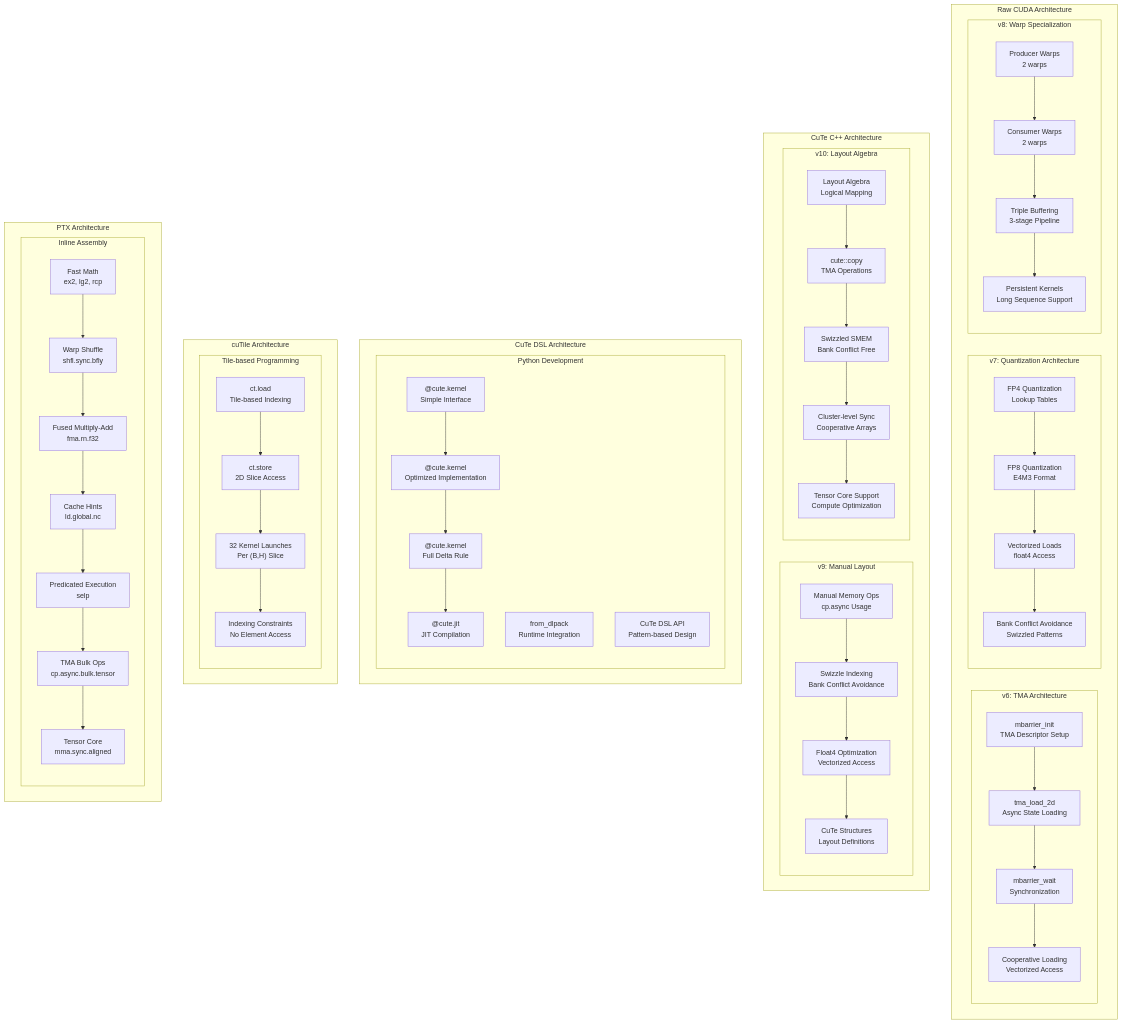
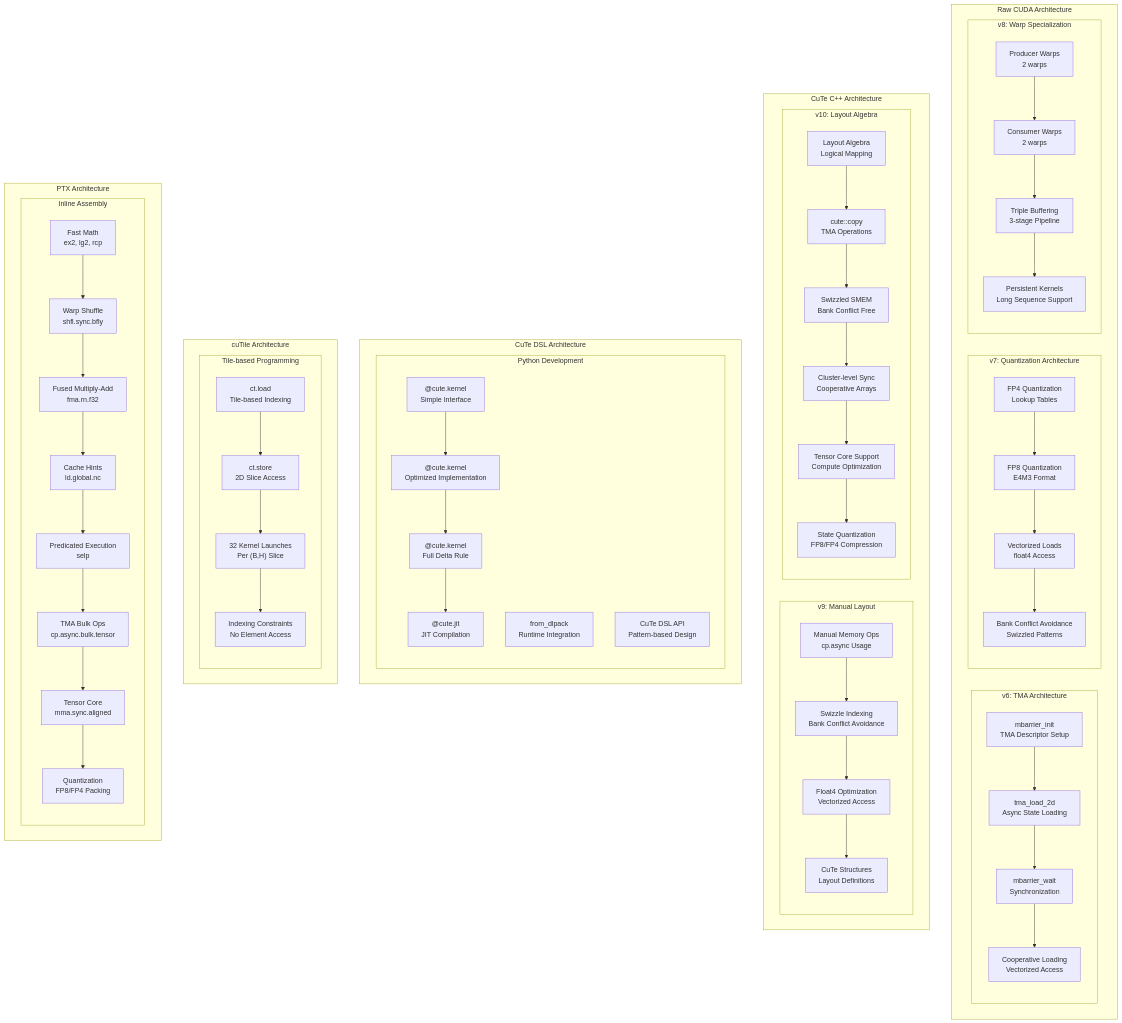
The second of 7 diagrams in .qoder/repowiki/en/content/Core Kernels/Core Kernels.md (gugudeshubao/flashinfer-bench-tma-thrust), drawn with Mermaid before and after one commit. The commit also changed other lines of this file and 21 other files, not shown here.

````diff
--- a/.qoder/repowiki/en/content/Core Kernels/Core Kernels.md
+++ b/.qoder/repowiki/en/content/Core Kernels/Core Kernels.md
@@ -205,75 +228,77 @@
 ```mermaid
 graph TB
 subgraph "Raw CUDA Architecture"
 subgraph "v6: TMA Architecture"
 TMA_Init["mbarrier_init<br/>TMA Descriptor Setup"]
 TMA_Load["tma_load_2d<br/>Async State Loading"]
 TMA_Wait["mbarrier_wait<br/>Synchronization"]
 TMA_Pipeline["Cooperative Loading<br/>Vectorized Access"]
 end
 subgraph "v7: Quantization Architecture"
 FP4_Q["FP4 Quantization<br/>Lookup Tables"]
 FP8_Q["FP8 Quantization<br/>E4M3 Format"]
 Vec_Load["Vectorized Loads<br/>float4 Access"]
 Bank_Avoid["Bank Conflict Avoidance<br/>Swizzled Patterns"]
 end
 subgraph "v8: Warp Specialization"
 Warp_Prod["Producer Warps<br/>2 warps"]
 Warp_Consumer["Consumer Warps<br/>2 warps"]
 Pipeline_3["Triple Buffering<br/>3-stage Pipeline"]
 Persistent["Persistent Kernels<br/>Long Sequence Support"]
 end
 end
 subgraph "CuTe C++ Architecture"
 subgraph "v9: Manual Layout"
 Manual_Mem["Manual Memory Ops<br/>cp.async Usage"]
 Swizzle_Index["Swizzle Indexing<br/>Bank Conflict Avoidance"]
 Float4_Opt["Float4 Optimization<br/>Vectorized Access"]
 Cute_Struct["CuTe Structures<br/>Layout Definitions"]
 end
 subgraph "v10: Layout Algebra"
 Layout_Algebra["Layout Algebra<br/>Logical Mapping"]
 Copy_Ops["cute::copy<br/>TMA Operations"]
 Swizzle_SMEM["Swizzled SMEM<br/>Bank Conflict Free"]
 Cluster_Sync["Cluster-level Sync<br/>Cooperative Arrays"]
 Tensor_Core["Tensor Core Support<br/>Compute Optimization"]
+Quantization["State Quantization<br/>FP8/FP4 Compression"]
 end
 end
 subgraph "CuTe DSL Architecture"
 subgraph "Python Development"
 DSL_Simple["@cute.kernel<br/>Simple Interface"]
 DSL_Opt["@cute.kernel<br/>Optimized Implementation"]
 DSL_Complete["@cute.kernel<br/>Full Delta Rule"]
 DSL_JIT["@cute.jit<br/>JIT Compilation"]
 DSL_Runtime["from_dlpack<br/>Runtime Integration"]
 DSL_API["CuTe DSL API<br/>Pattern-based Design"]
 end
 end
 subgraph "cuTile Architecture"
 subgraph "Tile-based Programming"
 Tile_Load["ct.load<br/>Tile-based Indexing"]
 Tile_Store["ct.store<br/>2D Slice Access"]
 Grid_Launch["32 Kernel Launches<br/>Per (B,H) Slice"]
 Limitations["Indexing Constraints<br/>No Element Access"]
 end
 end
 subgraph "PTX Architecture"
 subgraph "Inline Assembly"
 Fast_Math["Fast Math<br/>ex2, lg2, rcp"]
 Warp_Shuffle["Warp Shuffle<br/>shfl.sync.bfly"]
 FMA_Ops["Fused Multiply-Add<br/>fma.rn.f32"]
 Cache_Hints["Cache Hints<br/>ld.global.nc"]
 Pred_Exec["Predicated Execution<br/>selp"]
 TMA_Ops["TMA Bulk Ops<br/>cp.async.bulk.tensor"]
 Tensor_Core_PT["Tensor Core<br/>mma.sync.aligned"]
+Quantization_PT["Quantization<br/>FP8/FP4 Packing"]
 end
 end
 TMA_Init --> TMA_Load --> TMA_Wait --> TMA_Pipeline
 FP4_Q --> FP8_Q --> Vec_Load --> Bank_Avoid
 Warp_Prod --> Warp_Consumer --> Pipeline_3 --> Persistent
 Manual_Mem --> Swizzle_Index --> Float4_Opt --> Cute_Struct
-Layout_Algebra --> Copy_Ops --> Swizzle_SMEM --> Cluster_Sync --> Tensor_Core
+Layout_Algebra --> Copy_Ops --> Swizzle_SMEM --> Cluster_Sync --> Tensor_Core --> Quantization
 DSL_Simple --> DSL_Opt --> DSL_Complete --> DSL_JIT
 Tile_Load --> Tile_Store --> Grid_Launch --> Limitations
-Fast_Math --> Warp_Shuffle --> FMA_Ops --> Cache_Hints --> Pred_Exec --> TMA_Ops --> Tensor_Core_PT
+Fast_Math --> Warp_Shuffle --> FMA_Ops --> Cache_Hints --> Pred_Exec --> TMA_Ops --> Tensor_Core_PT --> Quantization_PT
 ```
````
